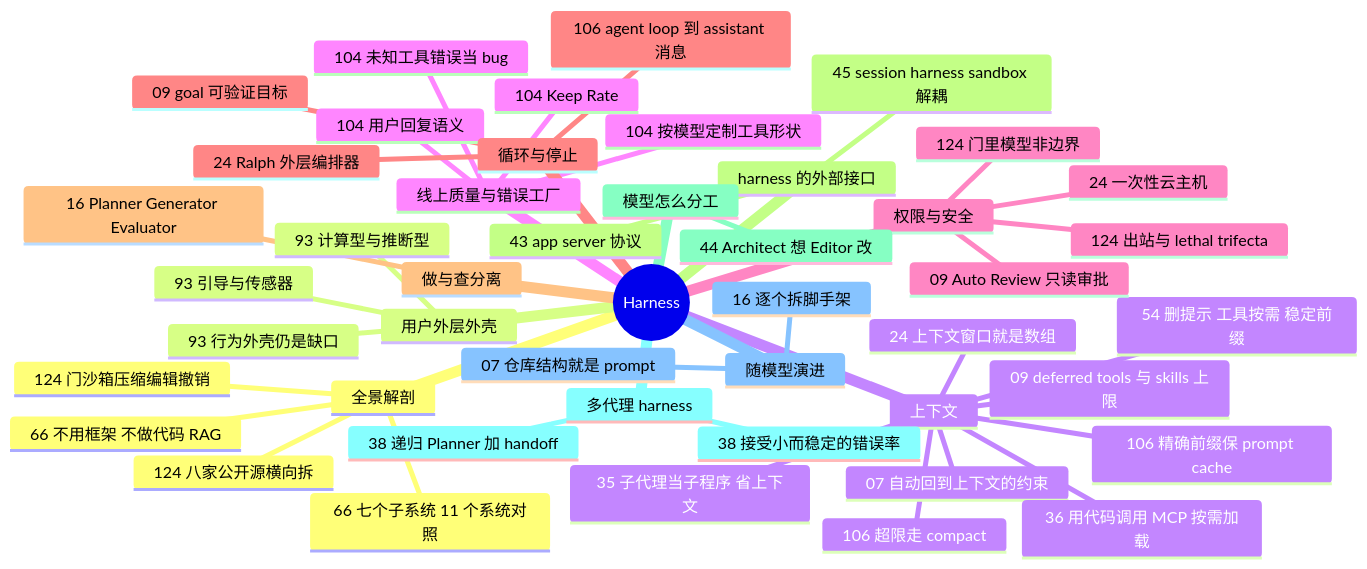
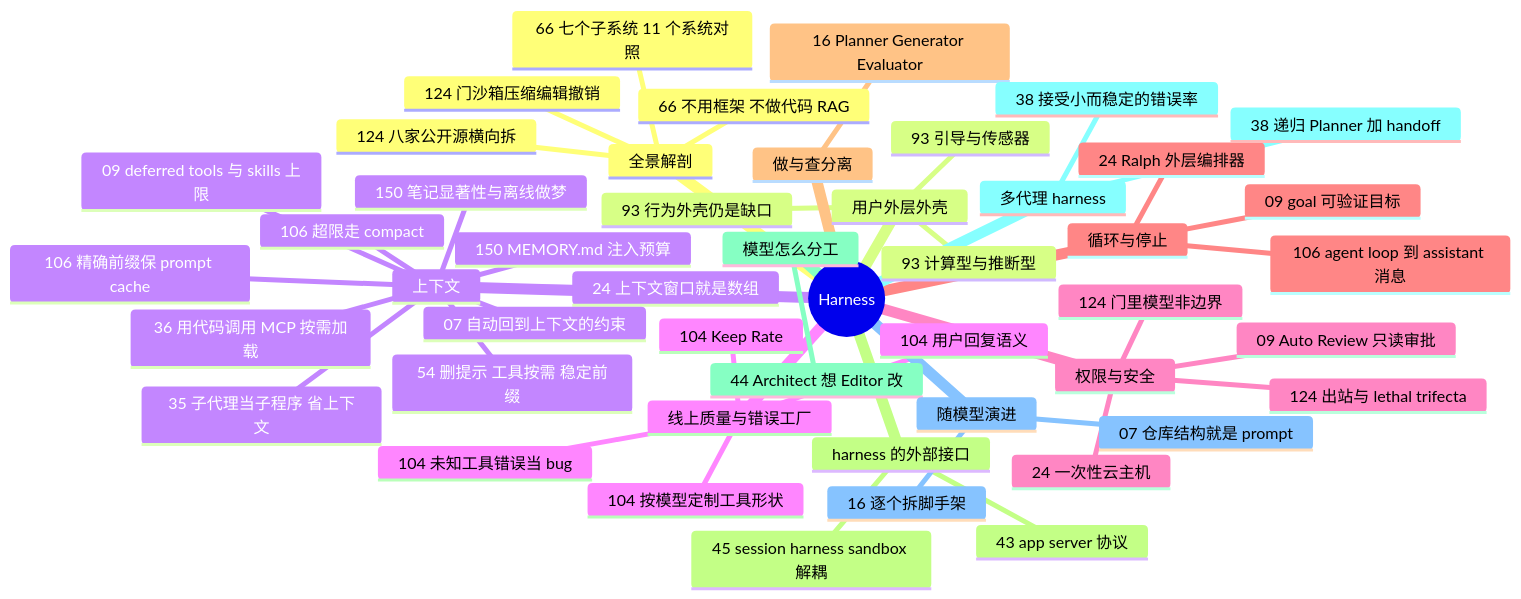
The diagram in docs/guide/harness.md (yzw7489757/ai-coding-videos), drawn with Mermaid before and after one commit. The commit also changed other lines of this file and 17 other files, not shown here.

````diff
--- a/docs/guide/harness.md
+++ b/docs/guide/harness.md
@@ -13,49 +13,51 @@
 ```mermaid
 mindmap
   root((Harness))
     全景解剖
       124 八家公开源横向拆
       124 门沙箱压缩编辑撤销
       66 七个子系统 11 个系统对照
       66 不用框架 不做代码 RAG
     用户外层外壳
       93 引导与传感器
       93 计算型与推断型
       93 行为外壳仍是缺口
     上下文
+      150 笔记显著性与离线做梦
+      150 MEMORY.md 注入预算
       09 deferred tools 与 skills 上限
       24 上下文窗口就是数组
       07 自动回到上下文的约束
       35 子代理当子程序 省上下文
       36 用代码调用 MCP 按需加载
       54 删提示 工具按需 稳定前缀
       106 精确前缀保 prompt cache
       106 超限走 compact
     线上质量与错误工厂
       104 Keep Rate
       104 用户回复语义
       104 未知工具错误当 bug
       104 按模型定制工具形状
     权限与安全
       124 门里模型非边界
       124 出站与 lethal trifecta
       09 Auto Review 只读审批
       24 一次性云主机
     循环与停止
       09 goal 可验证目标
       24 Ralph 外层编排器
       106 agent loop 到 assistant 消息
     做与查分离
       16 Planner Generator Evaluator
     harness 的外部接口
       43 app server 协议
       45 session harness sandbox 解耦
     模型怎么分工
       44 Architect 想 Editor 改
     多代理 harness
       38 递归 Planner 加 handoff
       38 接受小而稳定的错误率
     随模型演进
       16 逐个拆脚手架
       07 仓库结构就是 prompt
 ```
````
